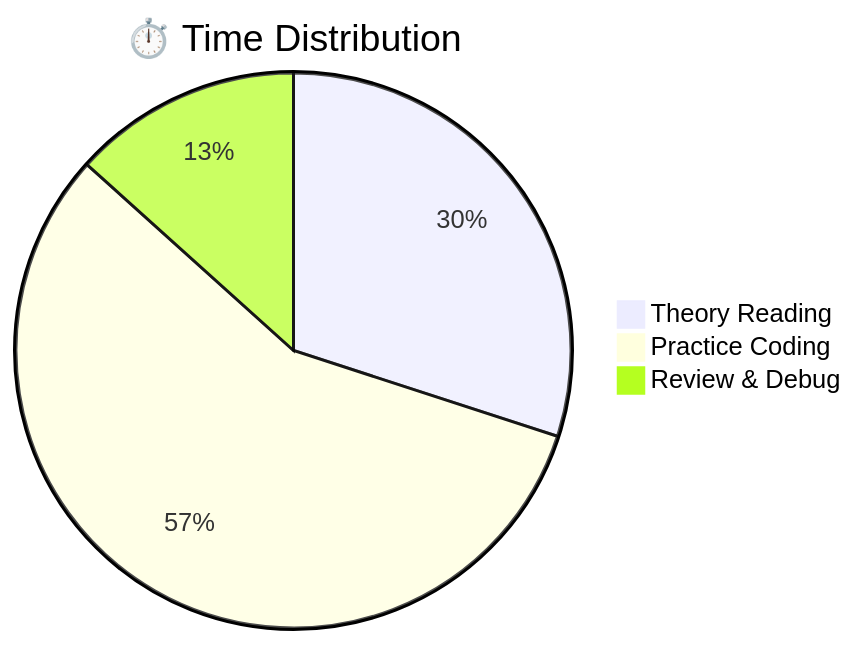
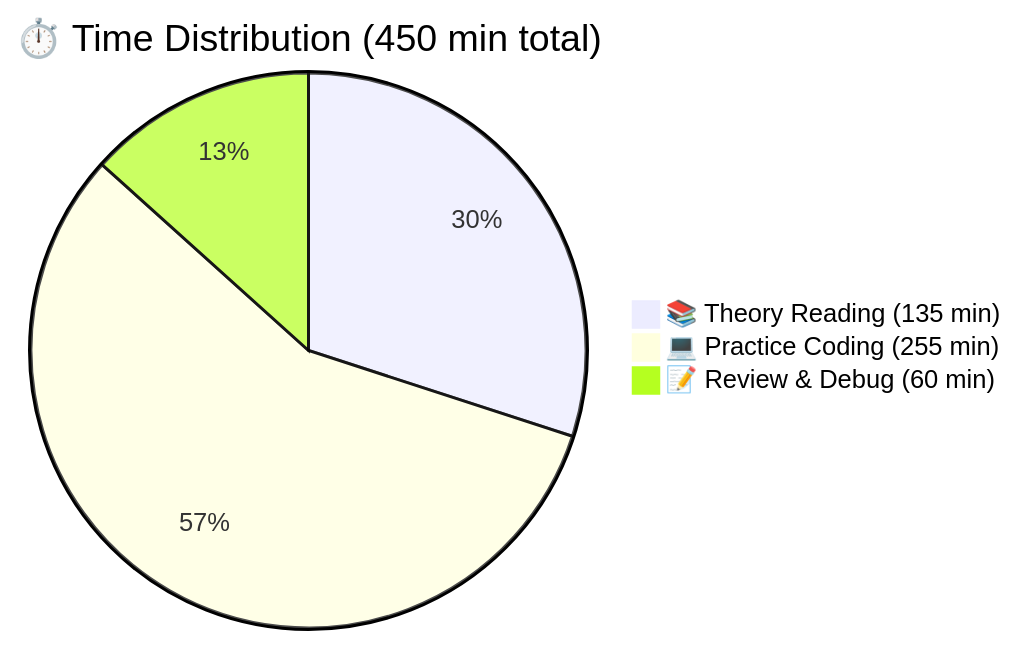
One commit to Lagmouchyoussef/Python-Practical-Works changed the seventh of 21 diagrams in README.md. Above: the diagram before and after it, drawn with Mermaid. The commit also changed other lines of this file, not shown here.

````diff
--- a/README.md
+++ b/README.md
@@ -226,6 +215,6 @@
 ```mermaid
-pie title ⏱️ Time Distribution
-    "Theory Reading" : 135
-    "Practice Coding" : 255
-    "Review & Debug" : 60
+pie title ⏱️ Time Distribution (450 min total)
+    "📚 Theory Reading (135 min)" : 135
+    "💻 Practice Coding (255 min)" : 255
+    "📝 Review & Debug (60 min)" : 60
 ```
````
